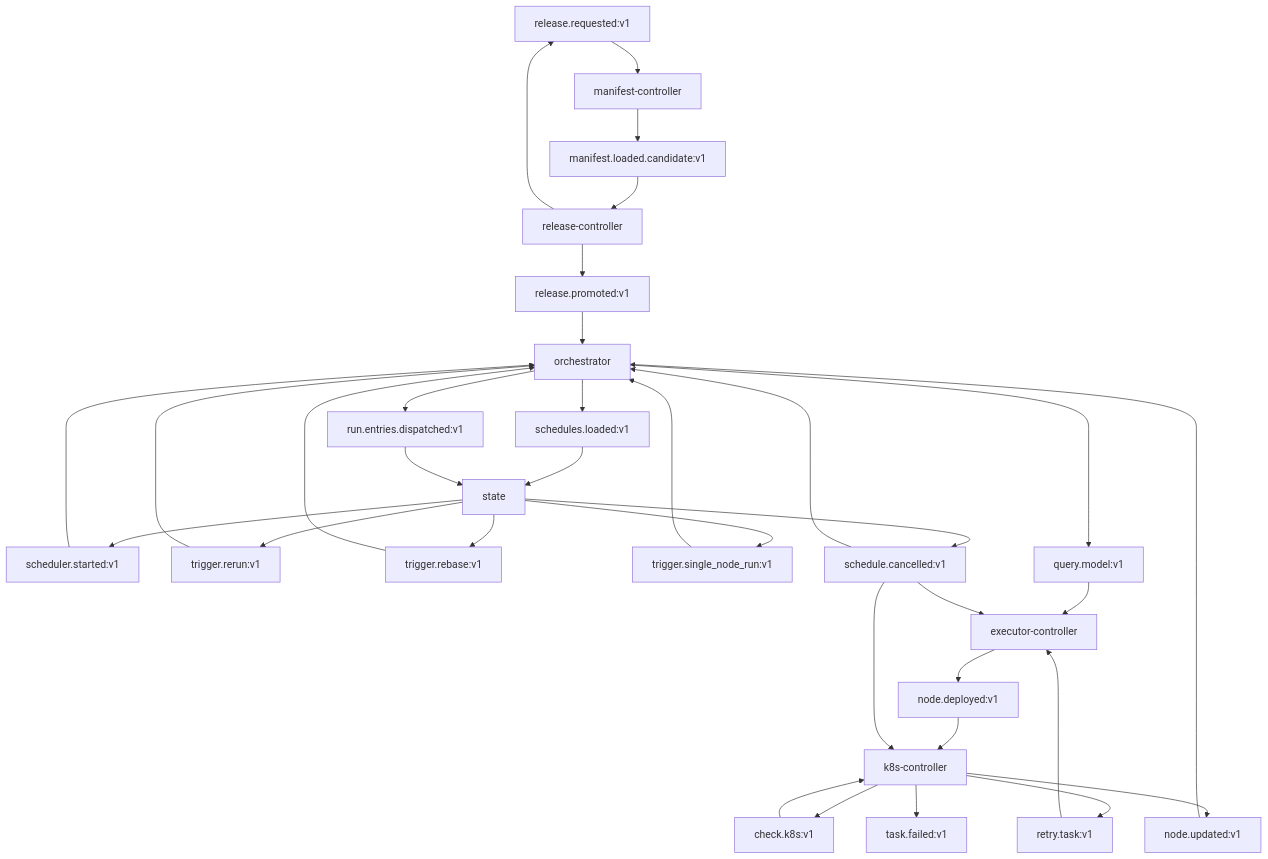
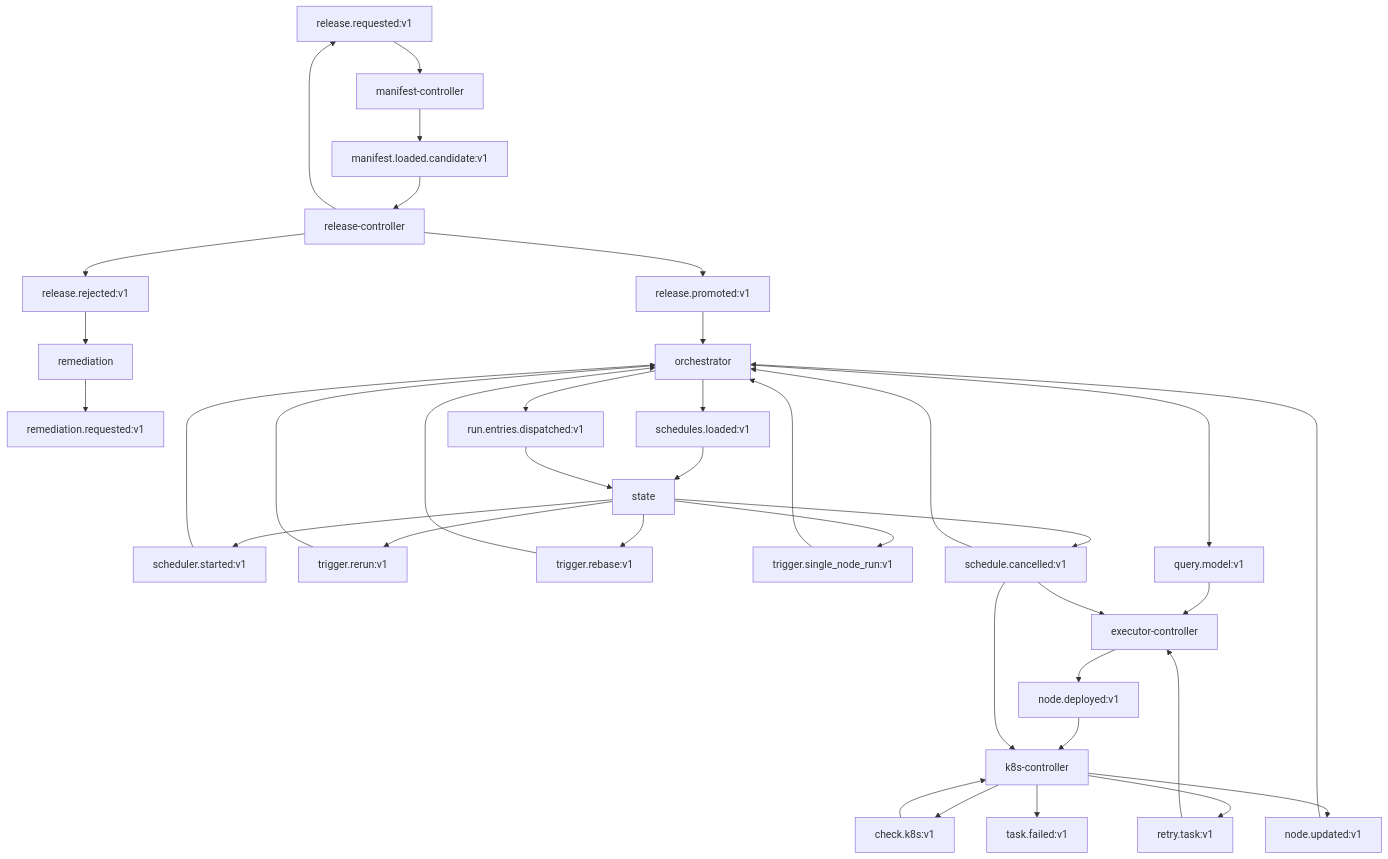
The second of 2 diagrams in docs/arch/01-topology.md (carolsimone/continuo), drawn with Mermaid before and after one commit. The commit also changed other lines of this file and 75 other files, not shown here.

````diff
--- a/docs/arch/01-topology.md
+++ b/docs/arch/01-topology.md
@@ -64,63 +69,68 @@
 ```mermaid
 flowchart TD
   RR[release.requested:v1]
   MLC[manifest.loaded.candidate:v1]
   RP[release.promoted:v1]
+  RREJ[release.rejected:v1]
+  REMREQ[remediation.requested:v1]
   SL[schedules.loaded:v1]
   SS[scheduler.started:v1]
   RED[run.entries.dispatched:v1]
   TRR[trigger.rerun:v1]
   TRB[trigger.rebase:v1]
   TSN[trigger.single_node_run:v1]
   QM[query.model:v1]
   ED[node.deployed:v1]
   KCV[check.k8s:v1]
   TR[retry.task:v1]
   TF[task.failed:v1]
   UT[node.updated:v1]
 
   RC[release-controller] --> RR
   RR --> MC[manifest-controller]
   MC --> MLC
   MLC --> RC
   RC --> RP
+  RC --> RREJ
+  RREJ --> REM[remediation]
+  REM --> REMREQ
   RP --> OR[orchestrator]
   OR --> SL
   SL --> ST[state]
 
   ST --> SS
   SS --> OR
   OR --> RED
   RED --> ST
 
   ST --> TRR
   TRR --> OR
 
   ST --> TRB
   TRB --> OR
 
   ST --> TSN
   TSN --> OR
 
   OR --> QM
 
   QM --> EC[executor-controller]
   TR --> EC
 
   EC --> ED
   ED --> KC[k8s-controller]
 
   KC --> KCV
   KCV --> KC
   KC --> TR
   KC --> TF
   KC --> UT
 
   UT --> OR
 
   SC_EV[schedule.cancelled:v1]
   ST --> SC_EV
   SC_EV --> OR
   SC_EV --> EC
   SC_EV --> KC
 ```
````
